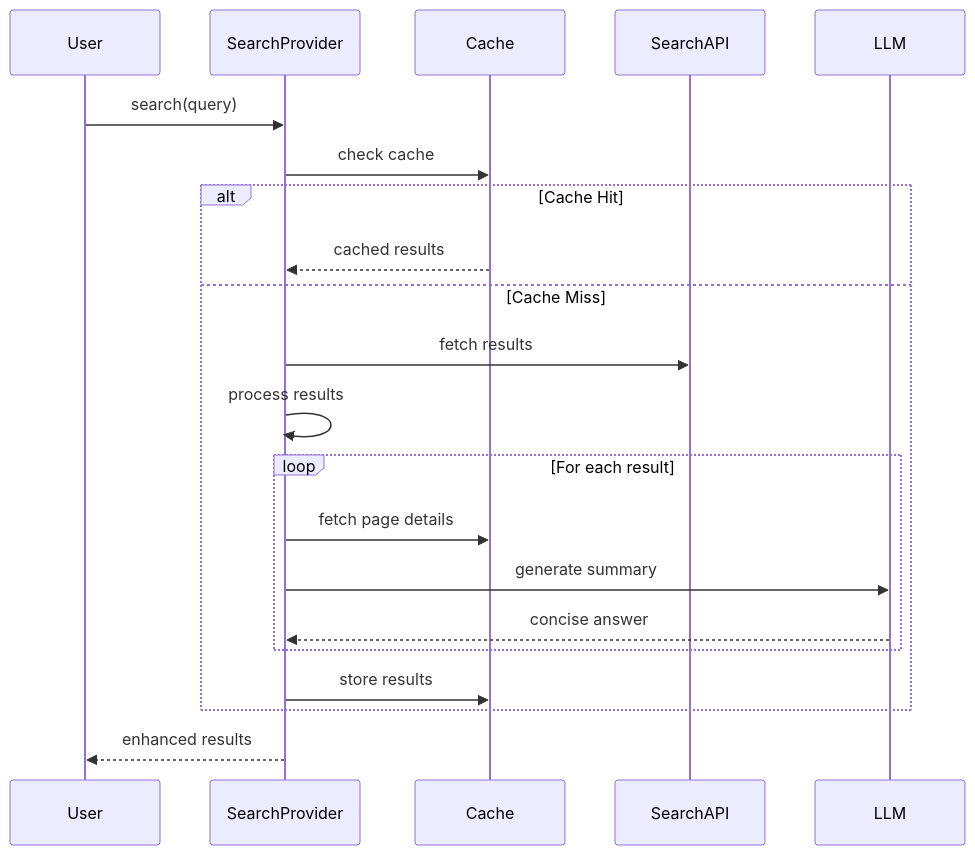
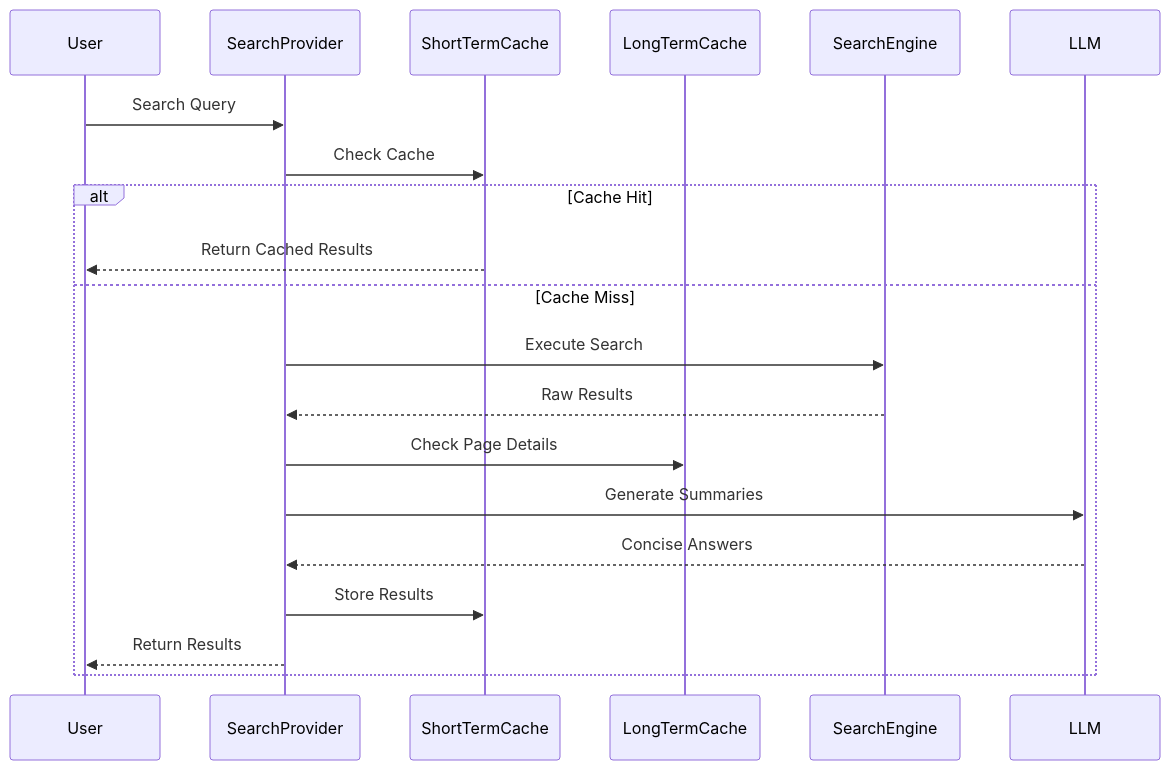
Before and after one commit to anhnh2002/titan-sight: the second of 2 diagrams in docs/overview.md, drawn with Mermaid. The commit also changed other lines of this file and 10 other files, not shown here.

````diff
--- a/docs/overview.md
+++ b/docs/overview.md
@@ -125,24 +119,23 @@
 ```mermaid
 sequenceDiagram
     participant User
     participant SearchProvider
-    participant Cache
-    participant SearchAPI
+    participant ShortTermCache
+    participant LongTermCache
+    participant SearchEngine
     participant LLM
     
-    User->>SearchProvider: search(query)
-    SearchProvider->>Cache: check cache
+    User->>SearchProvider: Search Query
+    SearchProvider->>ShortTermCache: Check Cache
     alt Cache Hit
-        Cache-->>SearchProvider: cached results
+        ShortTermCache-->>User: Return Cached Results
     else Cache Miss
-        SearchProvider->>SearchAPI: fetch results
-        SearchProvider->>SearchProvider: process results
-        loop For each result
-            SearchProvider->>Cache: fetch page details
-            SearchProvider->>LLM: generate summary
-            LLM-->>SearchProvider: concise answer
-        end
-        SearchProvider->>Cache: store results
+        SearchProvider->>SearchEngine: Execute Search
+        SearchEngine-->>SearchProvider: Raw Results
+        SearchProvider->>LongTermCache: Check Page Details
+        SearchProvider->>LLM: Generate Summaries
+        LLM-->>SearchProvider: Concise Answers
+        SearchProvider->>ShortTermCache: Store Results
+        SearchProvider-->>User: Return Results
     end
-    SearchProvider-->>User: enhanced results
 ```
````
